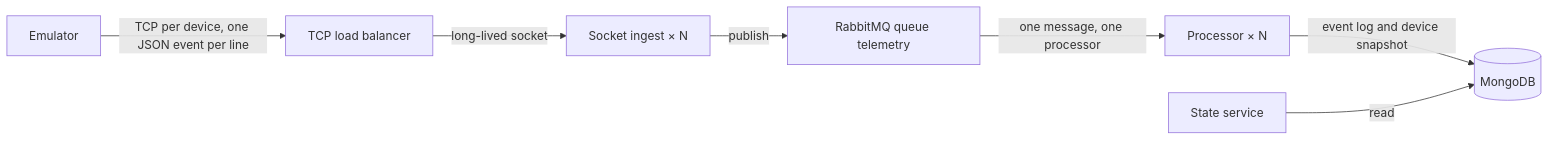
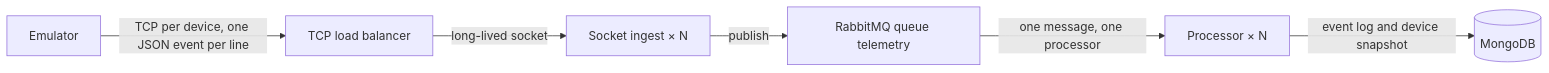
One commit to littlewhywhat/rabbitmq-exercise changed the diagram in docs/architecture.md. Above: the diagram before and after it, drawn with Mermaid. The commit also changed other lines of this file and 16 other files, not shown here.

````diff
--- a/docs/architecture.md
+++ b/docs/architecture.md
@@ -3,17 +3,15 @@
 ```mermaid
 flowchart LR
   emulator[Emulator]
   lb["TCP load balancer"]
   ingest["Socket ingest × N"]
   rabbit[RabbitMQ queue telemetry]
   processor["Processor × N"]
   mongo[(MongoDB)]
-  state[State service]
 
   emulator -->|TCP per device, one JSON event per line| lb
   lb -->|long-lived socket| ingest
   ingest -->|publish| rabbit
   rabbit -->|one message, one processor| processor
   processor -->|event log and device snapshot| mongo
-  state -->|read| mongo
 ```
````
